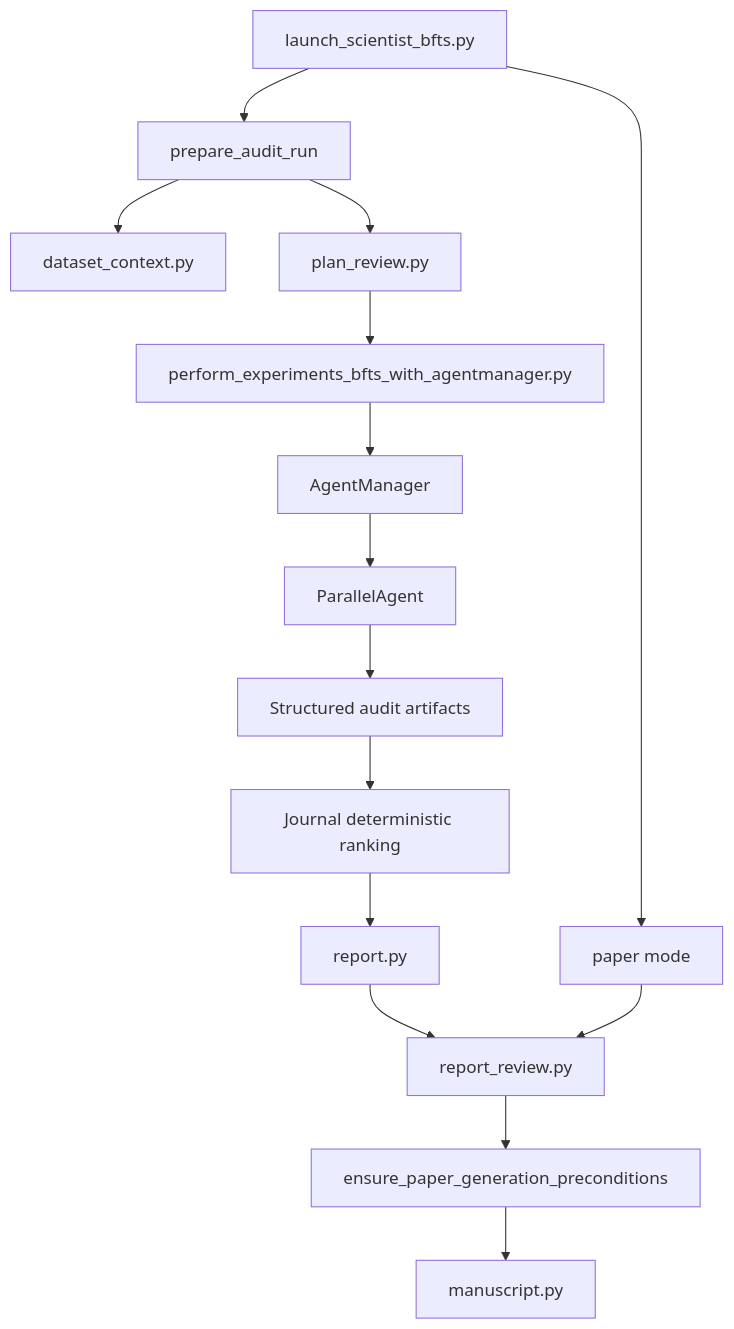
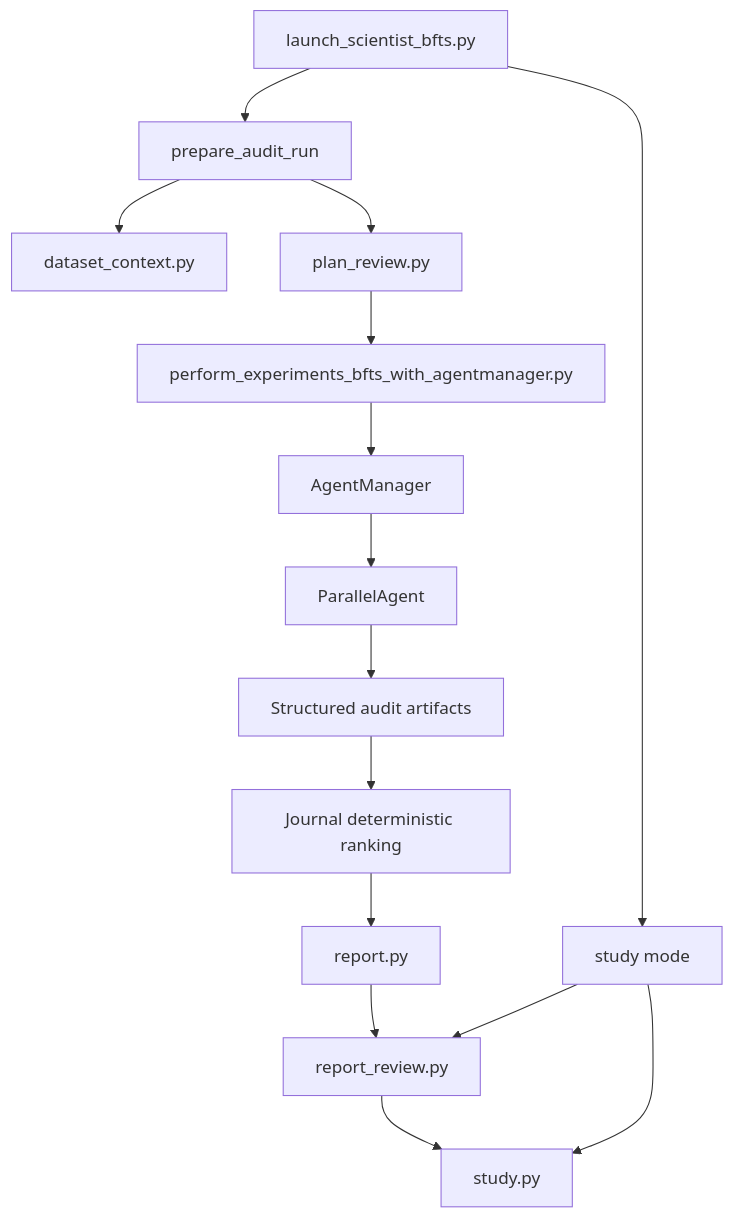
Before and after one commit to JeremyKalfus/AI-bench-auditor: the diagram in docs/architecture.md, drawn with Mermaid. The commit also changed other lines of this file and 15 other files, not shown here.

````diff
--- a/docs/architecture.md
+++ b/docs/architecture.md
@@ -29,17 +28,17 @@
 ```mermaid
 flowchart TD
   CLI["launch_scientist_bfts.py"] --> Prepare["prepare_audit_run"]
   Prepare --> Context["dataset_context.py"]
   Prepare --> Plan["plan_review.py"]
   Plan --> Search["perform_experiments_bfts_with_agentmanager.py"]
   Search --> Manager["AgentManager"]
   Manager --> Agent["ParallelAgent"]
   Agent --> Artifacts["Structured audit artifacts"]
   Artifacts --> Rank["Journal deterministic ranking"]
   Rank --> Report["report.py"]
   Report --> Review["report_review.py"]
-  Review --> Gate["ensure_paper_generation_preconditions"]
-  Gate --> Manuscript["manuscript.py"]
-  CLI --> Paper["paper mode"]
-  Paper --> Review
+  Review --> Study["study.py"]
+  CLI --> StudyMode["study mode"]
+  StudyMode --> Review
+  StudyMode --> Study
 ```
````
